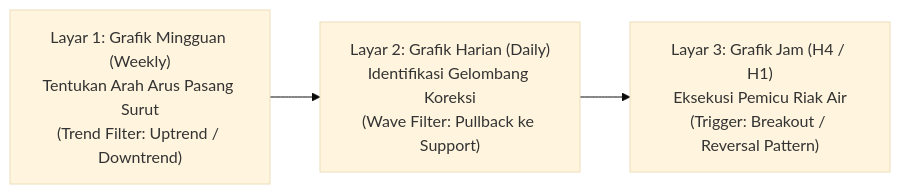
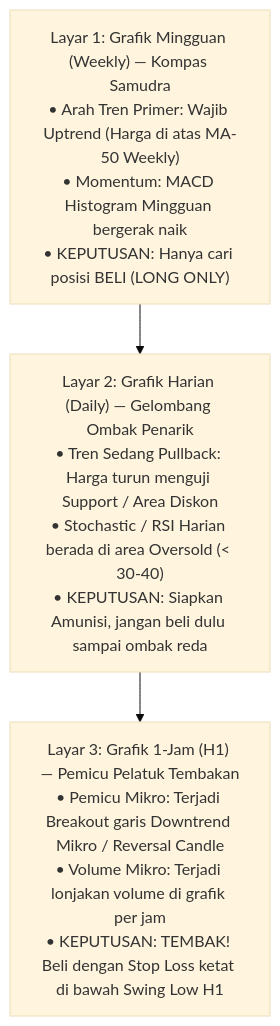
The third of 4 diagrams in docs/edianto-ong/19-long-term-vs-short-term-charts.md (AlulCode45/Trading-Learning-Path), drawn with Mermaid (base theme) before and after one commit. The commit also changed other lines of this file and 29 other files, not shown here.

Commit message:
docs(edianto-ong): upgrade all 29 chapters with beginner analogies, diagrams, step-by-step guides, and case studies

````diff
--- a/docs/edianto-ong/19-long-term-vs-short-term-charts.md
+++ b/docs/edianto-ong/19-long-term-vs-short-term-charts.md
@@ -63,8 +71,8 @@
 ```mermaid
-flowchart LR
-    S1["Layar 1: Grafik Mingguan (Weekly)<br/>Tentukan Arah Arus Pasang Surut<br/>(Trend Filter: Uptrend / Downtrend)"]
-    S2["Layar 2: Grafik Harian (Daily)<br/>Identifikasi Gelombang Koreksi<br/>(Wave Filter: Pullback ke Support)"]
-    S3["Layar 3: Grafik Jam (H4 / H1)<br/>Eksekusi Pemicu Riak Air<br/>(Trigger: Breakout / Reversal Pattern)"]
+flowchart TD
+    Screen1["Layar 1: Grafik Mingguan (Weekly) — Kompas Samudra<br/>• Arah Tren Primer: Wajib Uptrend (Harga di atas MA-50 Weekly)<br/>• Momentum: MACD Histogram Mingguan bergerak naik<br/>• KEPUTUSAN: Hanya cari posisi BELI (LONG ONLY)"]
+    
+    Screen1 --> Screen2["Layar 2: Grafik Harian (Daily) — Gelombang Ombak Penarik<br/>• Tren Sedang Pullback: Harga turun menguji Support / Area Diskon<br/>• Stochastic / RSI Harian berada di area Oversold (< 30-40)<br/>• KEPUTUSAN: Siapkan Amunisi, jangan beli dulu sampai ombak reda"]
 
-    S1 --> S2 --> S3
+    Screen2 --> Screen3["Layar 3: Grafik 1-Jam (H1) — Pemicu Pelatuk Tembakan<br/>• Pemicu Mikro: Terjadi Breakout garis Downtrend Mikro / Reversal Candle<br/>• Volume Mikro: Terjadi lonjakan volume di grafik per jam<br/>• KEPUTUSAN: TEMBAK! Beli dengan Stop Loss ketat di bawah Swing Low H1"]
 ```
````
